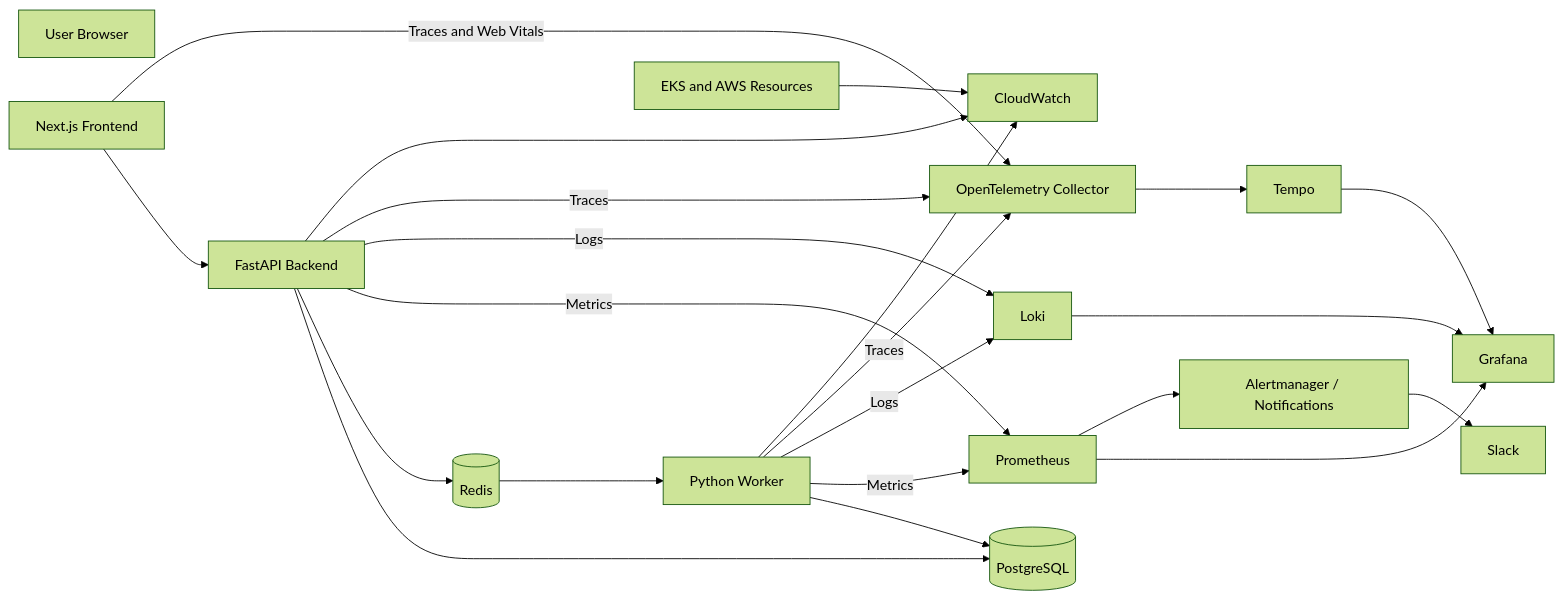
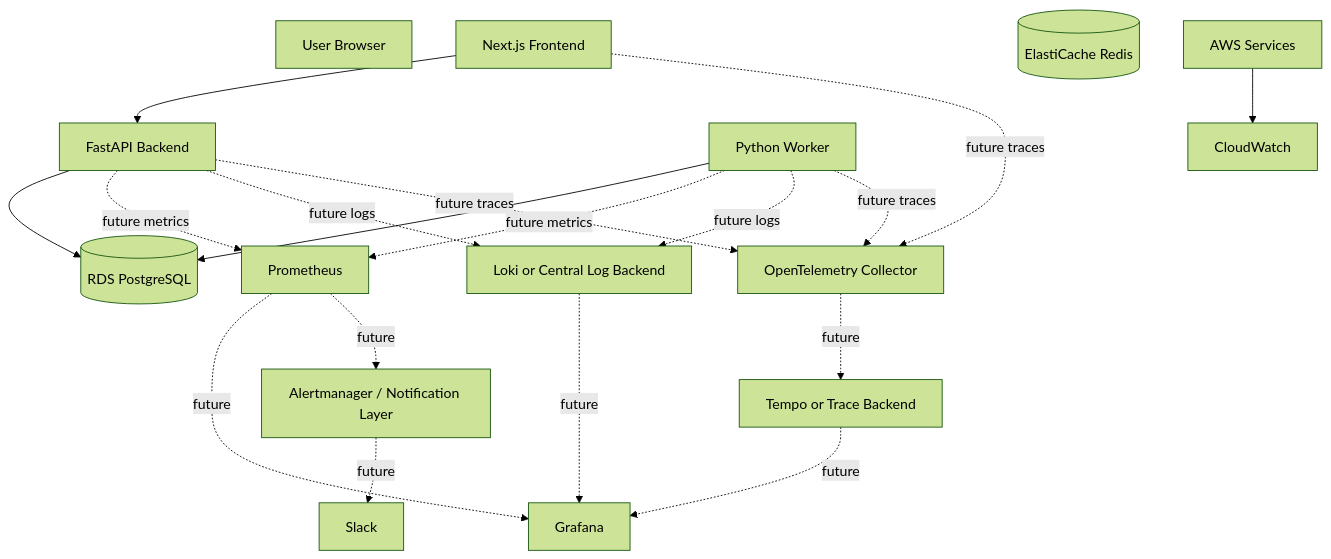
One commit to xtinead/platform-launchpad changed the second of 2 diagrams in docs/observability/observability-design.md. Above: the diagram before and after it, drawn with Mermaid (forest theme). The commit also changed other lines of this file and 24 other files, not shown here.

````diff
--- a/docs/observability/observability-design.md
+++ b/docs/observability/observability-design.md
@@ -129,44 +319,42 @@
 ```mermaid
-flowchart LR
+flowchart TB
     USER[User Browser]
     FRONTEND[Next.js Frontend]
     API[FastAPI Backend]
-    REDIS[(Redis)]
     WORKER[Python Worker]
-    DB[(PostgreSQL)]
+    DB[(RDS PostgreSQL)]
+    REDIS[(ElastiCache Redis)]
 
     PROM[Prometheus]
     GRAFANA[Grafana]
-    LOKI[Loki]
-    TEMPO[Tempo]
+    LOKI[Loki or Central Log Backend]
     OTEL[OpenTelemetry Collector]
+    TEMPO[Tempo or Trace Backend]
     CW[CloudWatch]
-    ALERTS[Alertmanager / Notifications]
+    ALERTS[Alertmanager / Notification Layer]
 
     FRONTEND --> API
     API --> DB
-    API --> REDIS
-    REDIS --> WORKER
     WORKER --> DB
 
-    FRONTEND -->|Traces and Web Vitals| OTEL
-    API -->|Metrics| PROM
-    API -->|Logs| LOKI
-    API -->|Traces| OTEL
+    API -. future metrics .-> PROM
+    WORKER -. future metrics .-> PROM
 
-    WORKER -->|Metrics| PROM
-    WORKER -->|Logs| LOKI
-    WORKER -->|Traces| OTEL
+    API -. future logs .-> LOKI
+    WORKER -. future logs .-> LOKI
 
-    OTEL --> TEMPO
-    PROM --> GRAFANA
-    LOKI --> GRAFANA
-    TEMPO --> GRAFANA
+    FRONTEND -. future traces .-> OTEL
+    API -. future traces .-> OTEL
+    WORKER -. future traces .-> OTEL
 
-    PROM --> ALERTS
-    ALERTS --> SLACK[Slack]
+    OTEL -. future .-> TEMPO
 
-    API --> CW
-    WORKER --> CW
-    EKS[EKS and AWS Resources] --> CW
+    PROM -. future .-> GRAFANA
+    LOKI -. future .-> GRAFANA
+    TEMPO -. future .-> GRAFANA
+
+    PROM -. future .-> ALERTS
+    ALERTS -. future .-> SLACK[Slack]
+
+    AWS[AWS Services] --> CW
 ```
````
